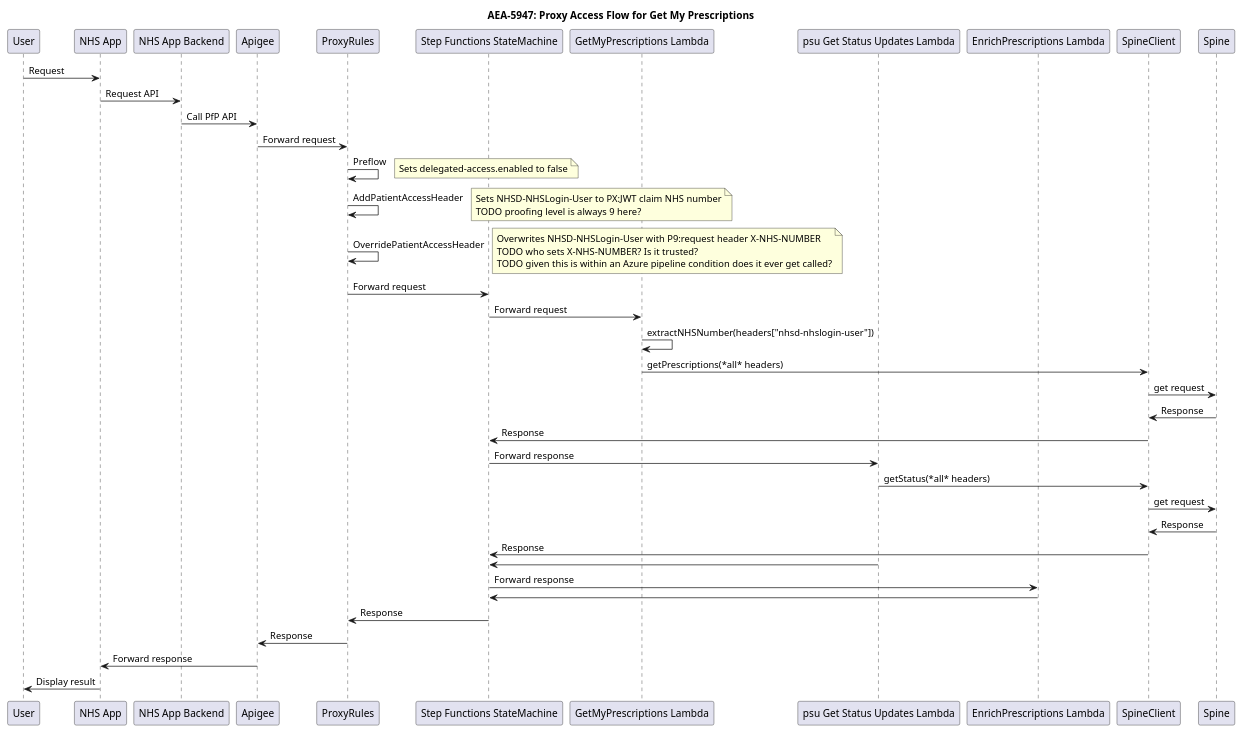
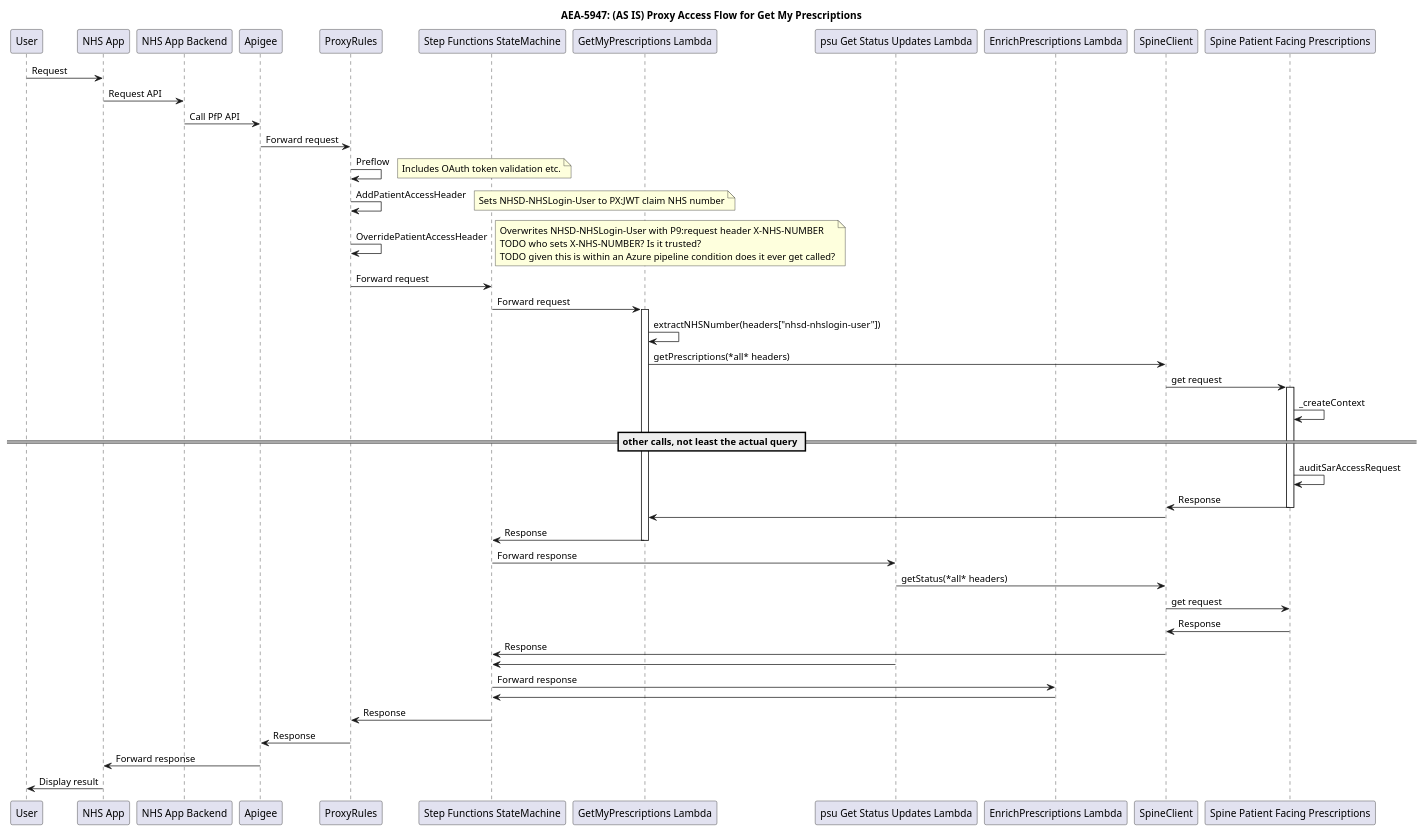
The diagram in docs/pfp-AS-IS.puml (NHSDigital/prescriptionsforpatients), drawn with PlantUML before and after one commit. The commit also changed 1 other file, not shown here.

Commit message:
docs: update to seq for spine

```diff
--- a/docs/pfp-AS-IS.puml
+++ b/docs/pfp-AS-IS.puml
@@ -1,54 +1,61 @@
 @startuml
-title: AEA-5947: Proxy Access Flow for Get My Prescriptions
+title: AEA-5947: (AS IS) Proxy Access Flow for Get My Prescriptions
 
 participant User
 participant "NHS App" as App
 participant "NHS App Backend" as AppBackend
 participant "Apigee" as Apigee
 participant "ProxyRules" as ProxyRules
 participant "Step Functions StateMachine" as StateMachine
 participant "GetMyPrescriptions Lambda" as GmpLambda
 participant "psu Get Status Updates Lambda" as GsuLambda
 participant "EnrichPrescriptions Lambda" as EpLambda
 participant SpineClient
-participant Spine
+participant "Spine Patient Facing Prescriptions" as Spine
 
 User -> App: Request
 App -> AppBackend: Request API
 AppBackend -> Apigee: Call PfP API
 Apigee -> ProxyRules: Forward request
 ProxyRules -> ProxyRules: Preflow
 note right
-  Sets delegated-access.enabled to false
+  Includes OAuth token validation etc.
 end note
 ProxyRules -> ProxyRules: AddPatientAccessHeader
 note right
   Sets NHSD-NHSLogin-User to PX:JWT claim NHS number
-  TODO proofing level is always 9 here?
 end note
 ProxyRules -> ProxyRules: OverridePatientAccessHeader
 note right
   Overwrites NHSD-NHSLogin-User with P9:request header X-NHS-NUMBER
   TODO who sets X-NHS-NUMBER? Is it trusted?
   TODO given this is within an Azure pipeline condition does it ever get called?
 end note
 ProxyRules -> StateMachine: Forward request
 StateMachine -> GmpLambda: Forward request
+activate GmpLambda
 GmpLambda -> GmpLambda: extractNHSNumber(headers["nhsd-nhslogin-user"])
 GmpLambda -> SpineClient: getPrescriptions(*all* headers)
 SpineClient -> Spine: get request
+activate Spine
+Spine -> Spine: _createContext
+== other calls, not least the actual query ==
+Spine -> Spine: auditSarAccessRequest
 Spine -> SpineClient: Response
-SpineClient -> StateMachine: Response
+deactivate Spine
+SpineClient -> GmpLambda
+GmpLambda -> StateMachine: Response
+deactivate GmpLambda
 StateMachine -> GsuLambda: Forward response
 GsuLambda -> SpineClient: getStatus(*all* headers)
 SpineClient -> Spine: get request
 Spine -> SpineClient: Response
 SpineClient -> StateMachine: Response
 GsuLambda -> StateMachine: 
 StateMachine -> EpLambda: Forward response
 EpLambda -> StateMachine: 
 StateMachine -> ProxyRules: Response
 ProxyRules -> Apigee: Response
 Apigee -> App: Forward response
 App -> User: Display result
 @enduml
```
